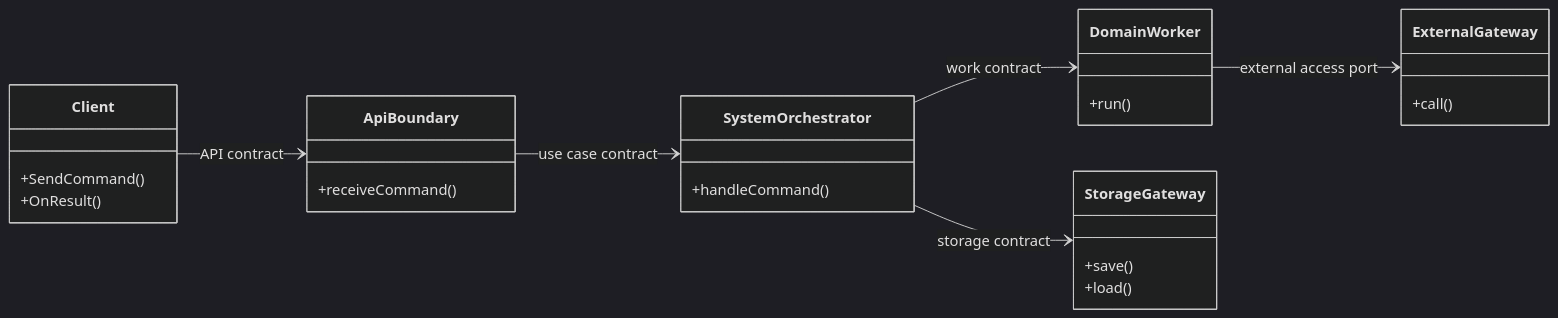
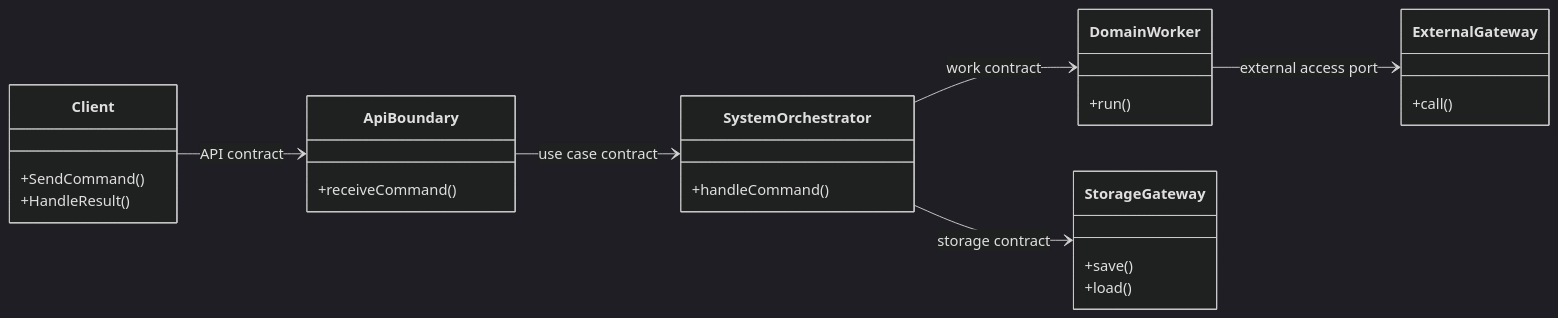
The diagram in guides/system-flow-document-guide.md (ryujt/project-guides), drawn with Mermaid (dark theme) before and after one commit. The commit also changed other lines of this file and 17 other files, not shown here.

````diff
--- a/guides/system-flow-document-guide.md
+++ b/guides/system-flow-document-guide.md
@@ -210,31 +208,31 @@
 ```mermaid
 classDiagram
 direction LR
 
 class Client {
   +SendCommand()
-  +OnResult()
+  +HandleResult()
 }
 class ApiBoundary {
   +receiveCommand()
 }
 class SystemOrchestrator {
   +handleCommand()
 }
 class DomainWorker {
   +run()
 }
 class StorageGateway {
   +save()
   +load()
 }
 class ExternalGateway {
   +call()
 }
 
 Client --> ApiBoundary : API contract
 ApiBoundary --> SystemOrchestrator : use case contract
 SystemOrchestrator --> DomainWorker : work contract
 SystemOrchestrator --> StorageGateway : storage contract
 DomainWorker --> ExternalGateway : external access port
 ```
````
